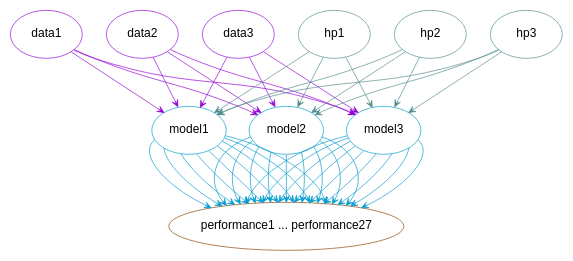
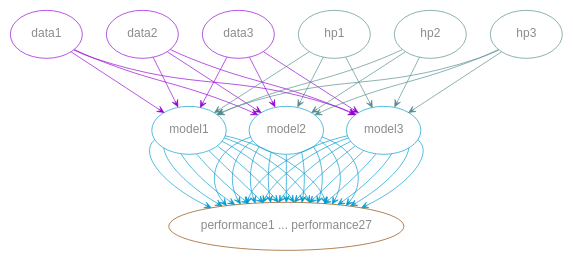
One commit to WestDRI/arc-training changed the diagram in tools/wb_dvc_content.qmd. Above: the diagram before and after it, drawn with Graphviz. The commit also changed other lines of this file and 3 other files, not shown here.

````diff
--- a/tools/wb_dvc_content.qmd
+++ b/tools/wb_dvc_content.qmd
@@ -38,39 +38,39 @@
 ```{dot}
 //| echo: false
 //| fig-height: 50%
 
 digraph {
-  
+
 bgcolor="transparent"
-node [fontname="Inconsolata, sans-serif", fontsize=9, penwidth=0.5]
+node [fontname="Inconsolata, sans-serif", fontsize=9, penwidth=0.5, fontcolor=gray55]
 edge [color=gray55, arrowhead="vee", arrowsize=0.5, penwidth=0.5]
 
 data1 [label="data1", color=darkviolet]
 data2 [label="data2", color=darkviolet]
 data3 [label="data3", color=darkviolet]
 
 hp1 [label="hp1", color=darkslategray4]
 hp2 [label="hp2", color=darkslategray4]
 hp3 [label="hp3", color=darkslategray4]
 
 model1 [label="model1", color=deepskyblue3]
 model2 [label="model2", color=deepskyblue3]
 model3 [label="model3", color=deepskyblue3]
 
 performance [label="performance1 ... performance27", color=darkorange4]
 
 {data1 data2 data3} -> {model1 model2 model3} [color=darkviolet]
 {hp1 hp2 hp3} -> {model1 model2 model3} [color=darkslategray4]
 
 {model1 model2 model3} -> performance [color=deepskyblue3]
 {model1 model2 model3} -> performance [color=deepskyblue3]
 {model1 model2 model3} -> performance [color=deepskyblue3]
 {model1 model2 model3} -> performance [color=deepskyblue3]
 {model1 model2 model3} -> performance [color=deepskyblue3]
 {model1 model2 model3} -> performance [color=deepskyblue3]
 {model1 model2 model3} -> performance [color=deepskyblue3]
 {model1 model2 model3} -> performance [color=deepskyblue3]
 {model1 model2 model3} -> performance [color=deepskyblue3]
 
 }
 ```
````
